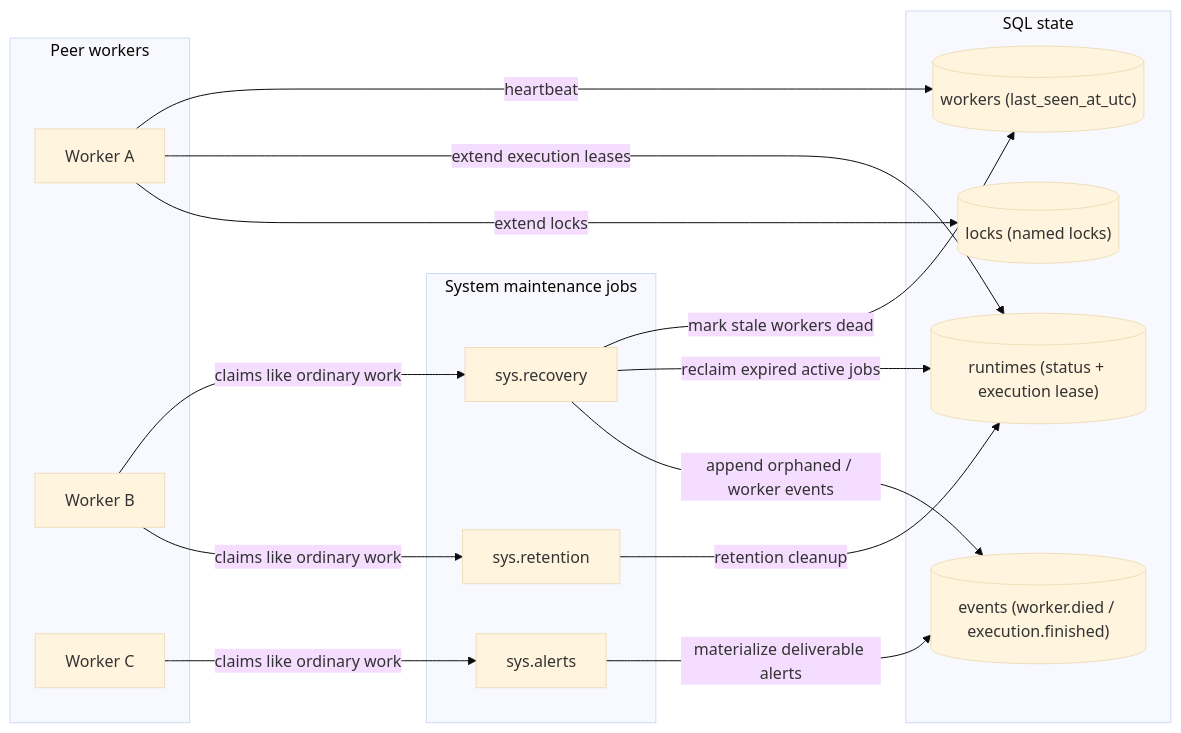
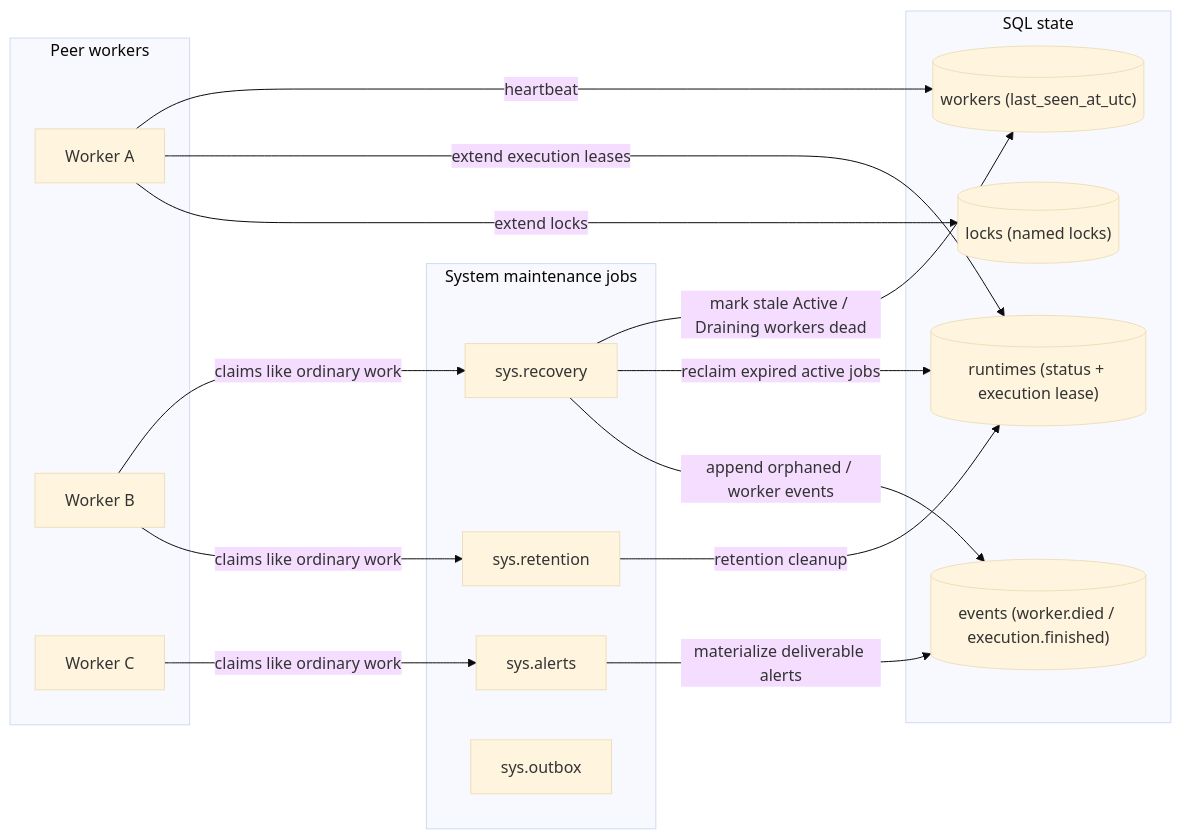
One commit to acta-dotnet/acta changed the sixth of 6 diagrams in docs/technical/architecture-diagrams.md. Above: the diagram before and after it, drawn with Mermaid (base theme). The commit also changed other lines of this file and 7 other files, not shown here.

````diff
--- a/docs/technical/architecture-diagrams.md
+++ b/docs/technical/architecture-diagrams.md
@@ -257,35 +274,36 @@
 ```mermaid
 flowchart LR
     subgraph Workers[Peer workers]
         W1[Worker A]
         W2[Worker B]
         W3[Worker C]
     end
 
     subgraph SQL[SQL state]
         Job[("runtimes (status + execution lease)")]
         Worker[("workers (last_seen_at_utc)")]
         Lease[("locks (named locks)")]
         Event[("events (worker.died / execution.finished)")]
     end
 
     subgraph SystemJobs[System maintenance jobs]
         Maintenance[sys.recovery]
         Alerts[sys.alerts]
         Purge[sys.retention]
+        Relay[sys.outbox]
     end
 
     W1 -->|heartbeat| Worker
     W1 -->|extend execution leases| Job
     W1 -->|extend locks| Lease
 
     W2 -->|claims like ordinary work| Maintenance
     W3 -->|claims like ordinary work| Alerts
     W2 -->|claims like ordinary work| Purge
 
-    Maintenance -->|mark stale workers dead| Worker
+    Maintenance -->|mark stale Active / Draining workers dead| Worker
     Maintenance -->|reclaim expired active jobs| Job
     Maintenance -->|append orphaned / worker events| Event
     Alerts -->|materialize deliverable alerts| Event
     Purge -->|retention cleanup| Job
 ```
````
